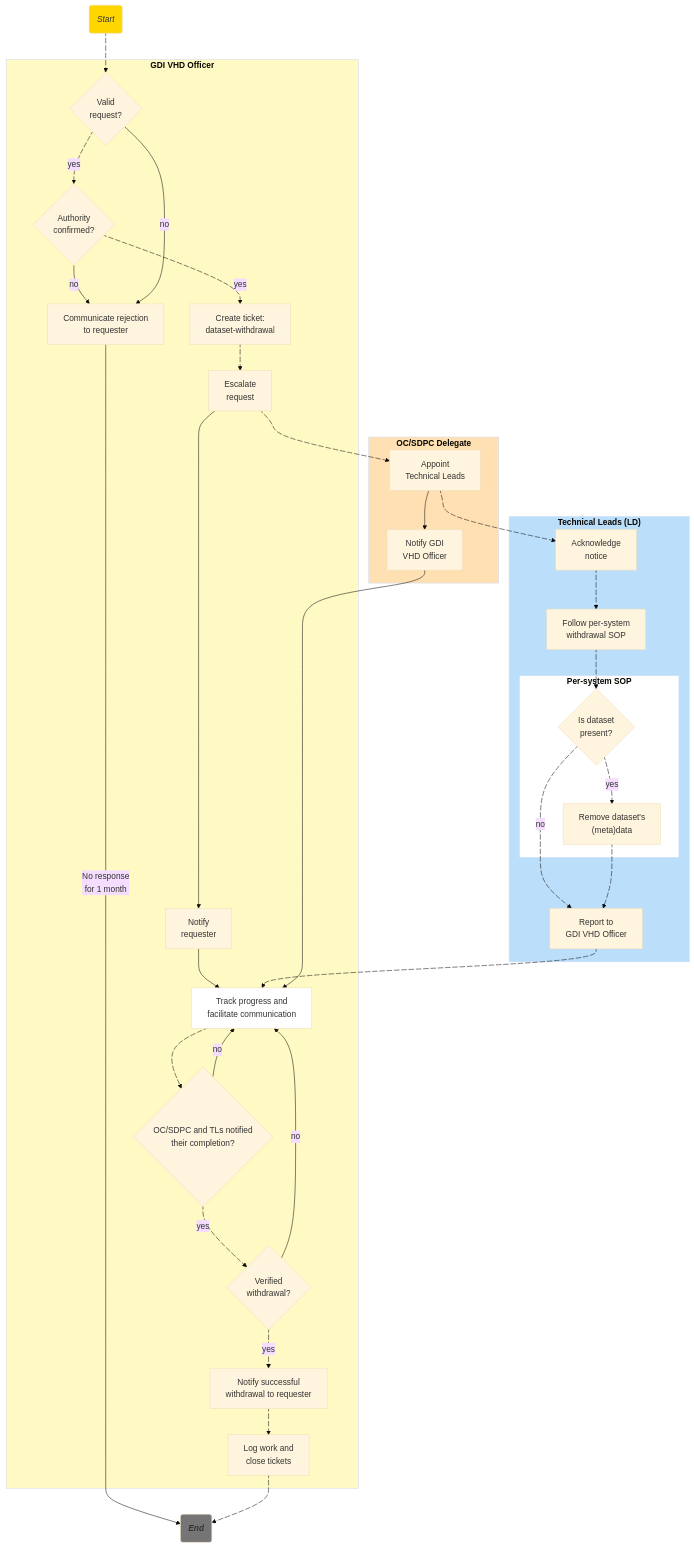
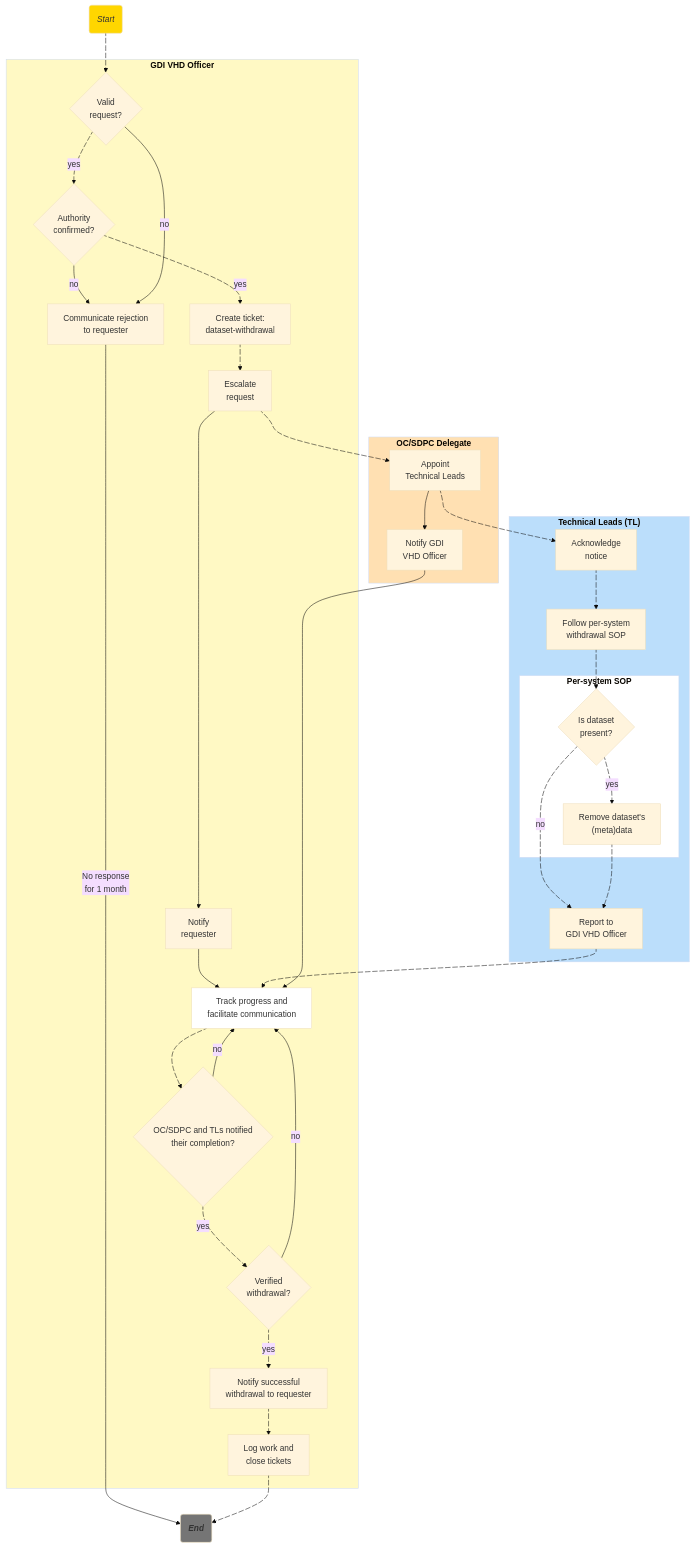
One commit to M-casado/standard-operating-procedures changed the diagram in sops/european-level/GDI-SOP0009_dataset-withdrawal.md. Above: the diagram before and after it, drawn with Mermaid (base theme). The commit also changed other lines of this file, not shown here.

```diff
--- a/sops/european-level/GDI-SOP0009_dataset-withdrawal.md
+++ b/sops/european-level/GDI-SOP0009_dataset-withdrawal.md
@@ -112,7 +122,7 @@
         n14@{ label: "Remove dataset's<br>(meta)data" }
         n20["Is dataset<br>present?"]
   end
- subgraph s3["<b>Technical Leads (LD)</b>"]
+ subgraph s3["<b>Technical Leads (TL)</b>"]
         n12["Acknowledge<br>notice"]
         s4
         n16["Follow per-system<br>withdrawal SOP"]
```
